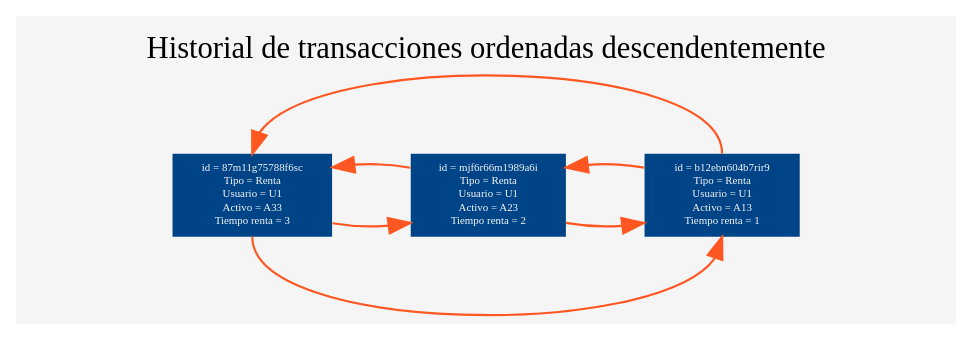
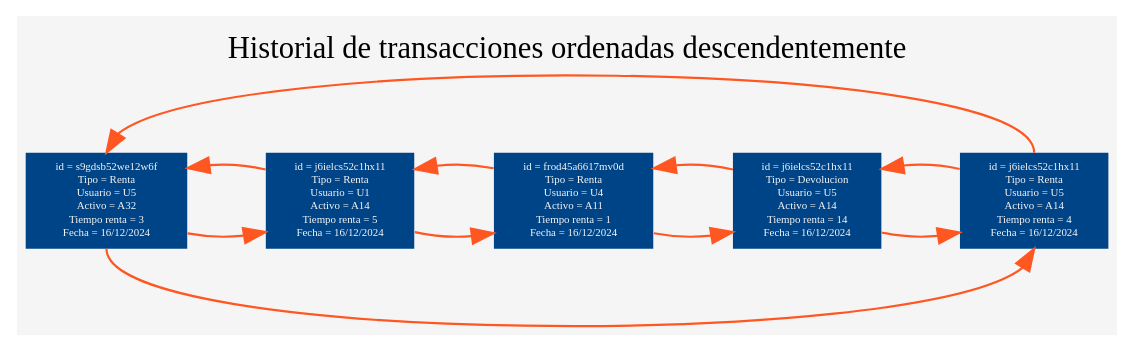
One commit to HerberthReyes07/EDD_EVD24_P1 changed the diagram in cmake-build-debug/aux_grafico.dot. Above: the diagram before and after it, drawn with Graphviz. The commit also changed 24 other files, not shown here.

```diff
--- a/cmake-build-debug/aux_grafico.dot
+++ b/cmake-build-debug/aux_grafico.dot
@@ -1,18 +1,24 @@
 digraph G {
 bgcolor="#F5F5F5";fontcolor=black;
 label="Historial de transacciones ordenadas descendentemente";
 labelloc="t";
 nodesep=0.5;
 node [fontsize = 5 shape=box style=filled fillcolor="#004488" fontcolor="#F5F5F5" color=transparent];
 edge [fontcolor=white color="#ff5722"];
-n1[label="id = 87m11g75788f6sc\nTipo = Renta\nUsuario = U1\nActivo = A33\nTiempo renta = 3"];
-n2[label="id = mjf6r66m1989a6i\nTipo = Renta\nUsuario = U1\nActivo = A23\nTiempo renta = 2"];
-n3[label="id = b12ebn604b7rir9\nTipo = Renta\nUsuario = U1\nActivo = A13\nTiempo renta = 1"];
+n1[label="id = s9gdsb52we12w6f\nTipo = Renta\nUsuario = U5\nActivo = A32\nTiempo renta = 3\nFecha = 16/12/2024"];
+n2[label="id = j6ielcs52c1hx11\nTipo = Renta\nUsuario = U1\nActivo = A14\nTiempo renta = 5\nFecha = 16/12/2024"];
+n3[label="id = frod45a6617mv0d\nTipo = Renta\nUsuario = U4\nActivo = A11\nTiempo renta = 1\nFecha = 16/12/2024"];
+n4[label="id = j6ielcs52c1hx11\nTipo = Devolucion\nUsuario = U5\nActivo = A14\nTiempo renta = 14\nFecha = 16/12/2024"];
+n5[label="id = j6ielcs52c1hx11\nTipo = Renta\nUsuario = U5\nActivo = A14\nTiempo renta = 4\nFecha = 16/12/2024"];
 n1->n2;
 n2->n3;
 n2->n1;
+n3->n4;
 n3->n2;
-n3->n1[tailport=n headport=n];
-n1->n3[tailport=s headport=s];
-{ rank=same; n1; n2; n3; }
+n4->n5;
+n4->n3;
+n5->n4;
+n5->n1[tailport=n headport=n];
+n1->n5[tailport=s headport=s];
+{ rank=same; n1; n2; n3; n4; n5; }
 }
```
